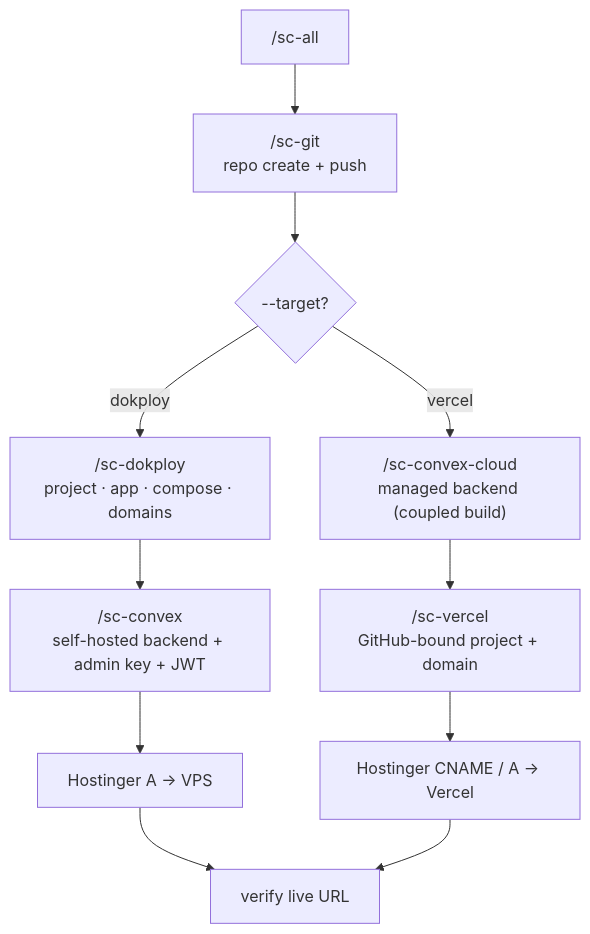
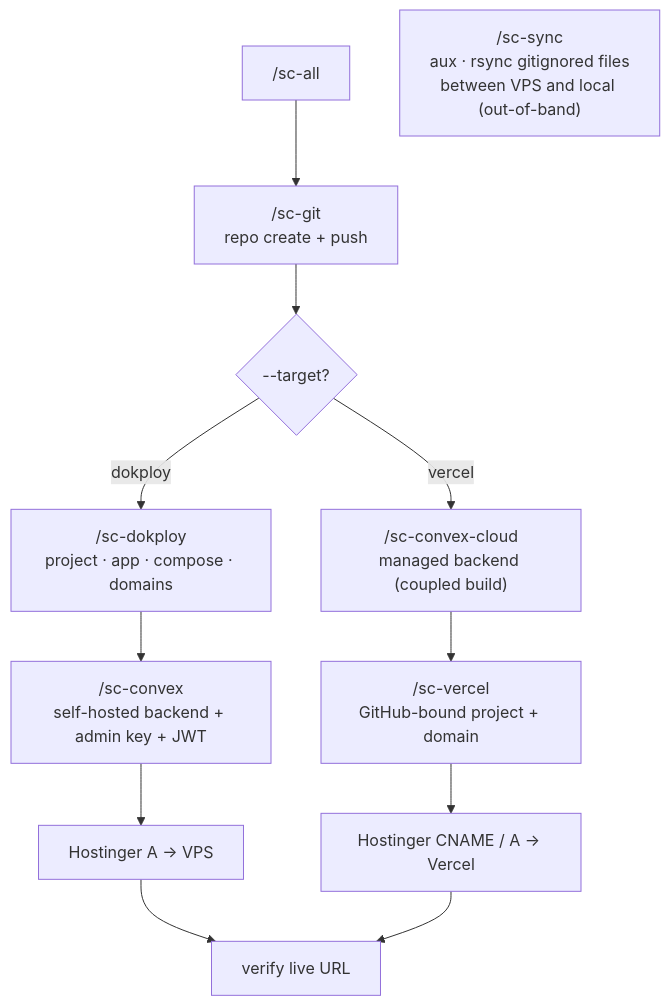
The diagram in SKILL.md (rahmanef63/si-coder-agent), drawn with Mermaid before and after one commit. The commit also changed other lines of this file and 22 other files, not shown here.

````diff
--- a/SKILL.md
+++ b/SKILL.md
@@ -27,13 +28,14 @@
 ```mermaid
 flowchart TD
     O["/sc-all"] --> G["/sc-git<br/>repo create + push"]
     G --> T{"--target?"}
     T -->|dokploy| H1["/sc-dokploy<br/>project · app · compose · domains"]
     H1 --> C1["/sc-convex<br/>self-hosted backend + admin key + JWT"]
     C1 --> D1["Hostinger A → VPS"]
     T -->|vercel| H2["/sc-convex-cloud<br/>managed backend (coupled build)"]
     H2 --> C2["/sc-vercel<br/>GitHub-bound project + domain"]
     C2 --> D2["Hostinger CNAME / A → Vercel"]
     D1 --> V["verify live URL"]
     D2 --> V
+    SY["/sc-sync<br/>aux · rsync gitignored files<br/>between VPS and local (out-of-band)"]
 ```
````
